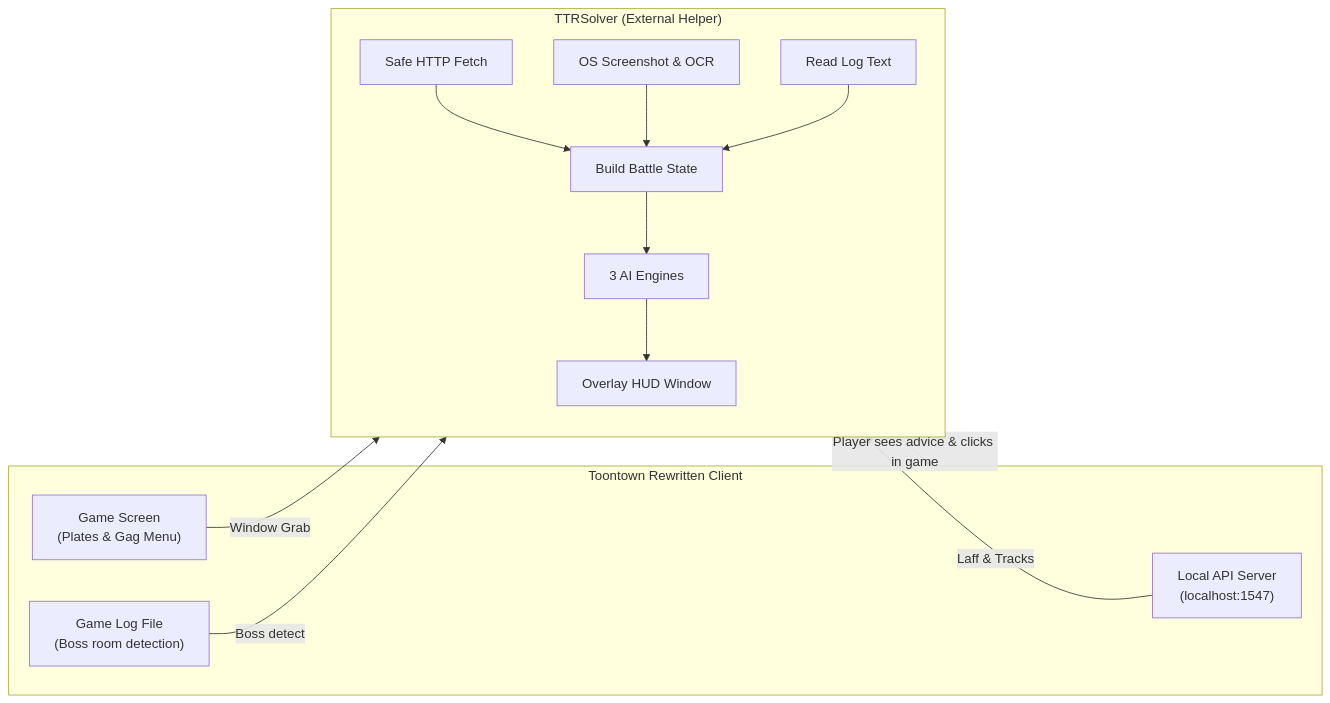
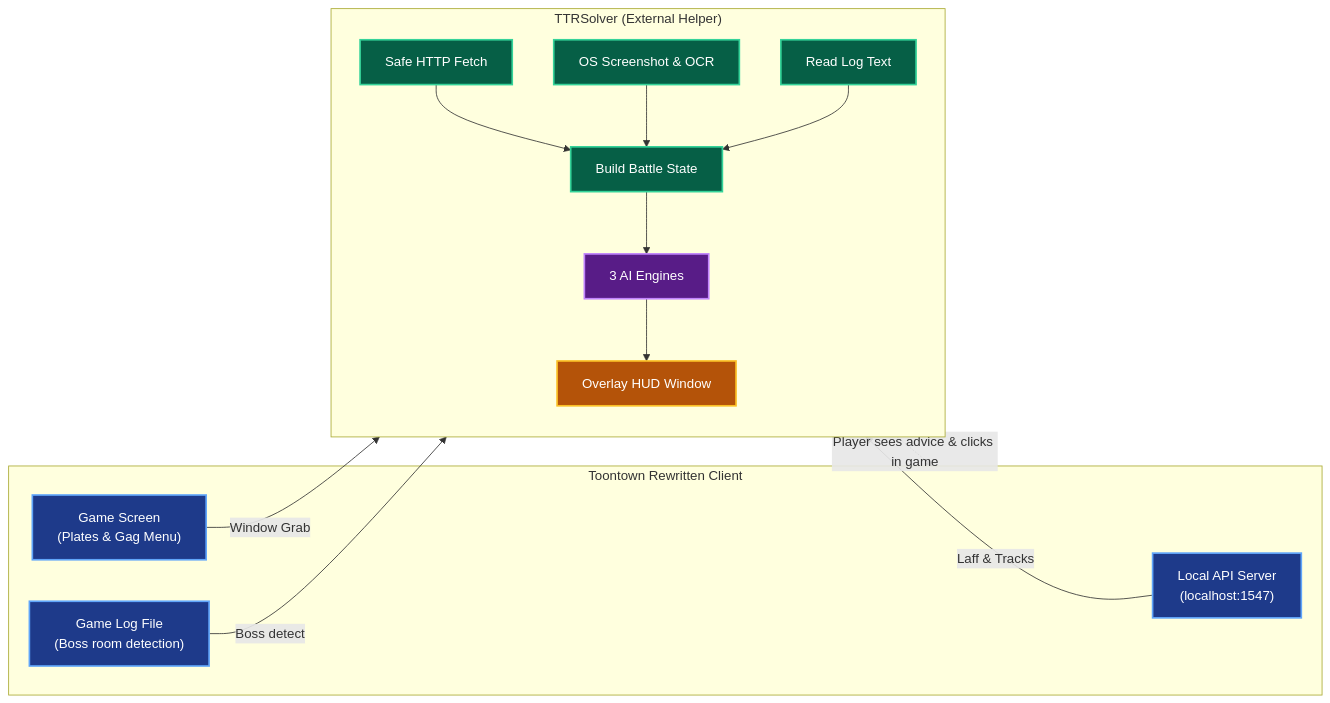
One commit to Angle-Brackets/TTRSolver changed the first of 5 diagrams in docs/user-guide.md. Above: the diagram before and after it, drawn with Mermaid. The commit also changed other lines of this file and 9 other files, not shown here.

Commit message:
docs: color-code all Mermaid diagrams with distinct visual themes

````diff
--- a/docs/user-guide.md
+++ b/docs/user-guide.md
@@ -48,24 +48,34 @@
 ```mermaid
 flowchart LR
+    classDef clientNode fill:#1e3a8a,stroke:#60a5fa,stroke-width:2px,color:#ffffff
+    classDef advisorNode fill:#065f46,stroke:#34d399,stroke-width:2px,color:#ffffff
+    classDef engineNode fill:#581c87,stroke:#c084fc,stroke-width:2px,color:#ffffff
+    classDef uiNode fill:#b45309,stroke:#fbbf24,stroke-width:2px,color:#ffffff
+
     subgraph GameClient["Toontown Rewritten Client"]
         LocalAPI["Local API Server<br/>(localhost:1547)"]
         Screen["Game Screen<br/>(Plates & Gag Menu)"]
         Log["Game Log File<br/>(Boss room detection)"]
     end
 
     subgraph Advisor["TTRSolver (External Helper)"]
         direction TB
         Fetch["Safe HTTP Fetch"]
         OCR["OS Screenshot & OCR"]
         LogRead["Read Log Text"]
         State["Build Battle State"]
         Engine["3 AI Engines"]
         Overlay["Overlay HUD Window"]
     end
 
     LocalAPI -->|Laff & Tracks| Fetch --> State
     Screen -->|Window Grab| OCR --> State
     Log -->|Boss detect| LogRead --> State
     State --> Engine --> Overlay
     Overlay -.->|Player sees advice & clicks in game| GameClient
+
+    class LocalAPI,Screen,Log clientNode
+    class Fetch,OCR,LogRead,State advisorNode
+    class Engine engineNode
+    class Overlay uiNode
 ```
````
